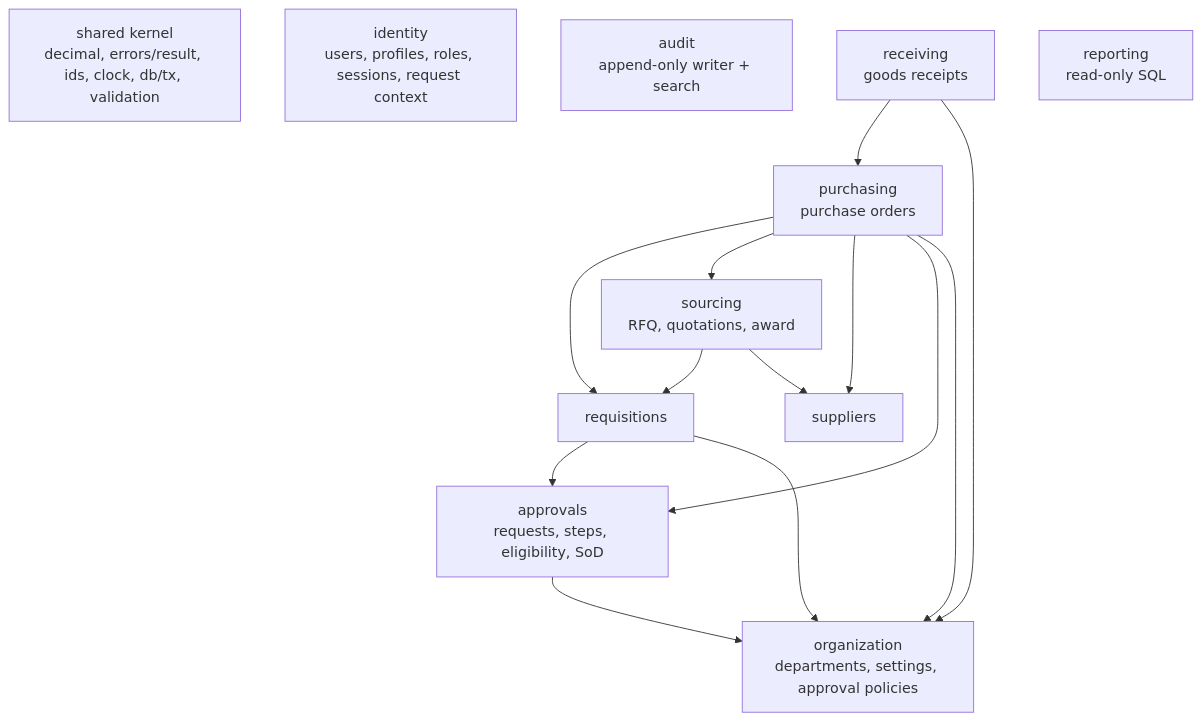
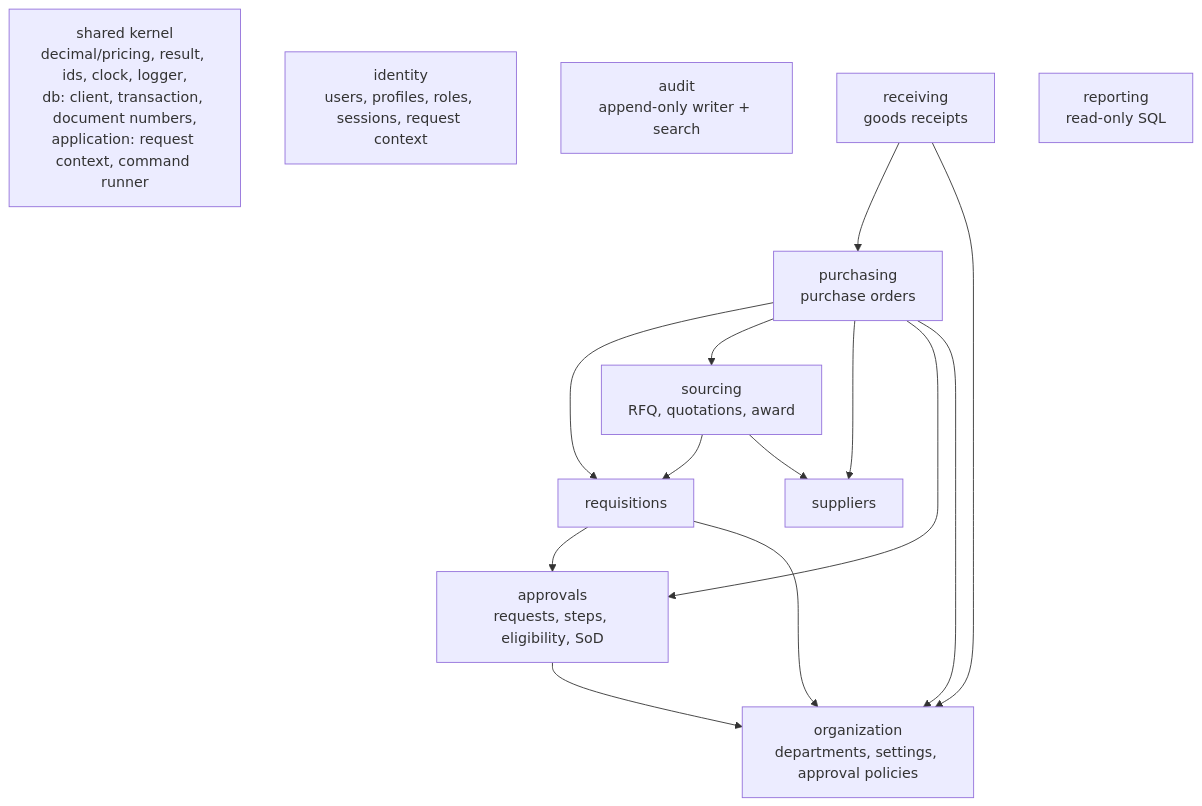
The second of 3 diagrams in docs/architecture.md (sahrultahta/Procurement-Smart), drawn with Mermaid before and after one commit. The commit also changed 56 other files, not shown here.

````diff
--- a/docs/architecture.md
+++ b/docs/architecture.md
@@ -20,20 +20,20 @@
 ```mermaid
 flowchart TD
-  shared[shared kernel<br/>decimal, errors/result, ids, clock, db/tx, validation]
+  shared[shared kernel<br/>decimal/pricing, result, ids, clock, logger,<br/>db: client, transaction, document numbers,<br/>application: request context, command runner]
   identity[identity<br/>users, profiles, roles, sessions, request context]
   audit[audit<br/>append-only writer + search]
   org[organization<br/>departments, settings, approval policies]
   approvals[approvals<br/>requests, steps, eligibility, SoD]
   suppliers[suppliers]
   requisitions[requisitions]
   sourcing[sourcing<br/>RFQ, quotations, award]
   purchasing[purchasing<br/>purchase orders]
   receiving[receiving<br/>goods receipts]
   reporting[reporting<br/>read-only SQL]
 
   approvals --> org
   requisitions --> approvals & org
   sourcing --> requisitions & suppliers
   purchasing --> requisitions & sourcing & suppliers & approvals & org
   receiving --> purchasing & org
 ```
````
